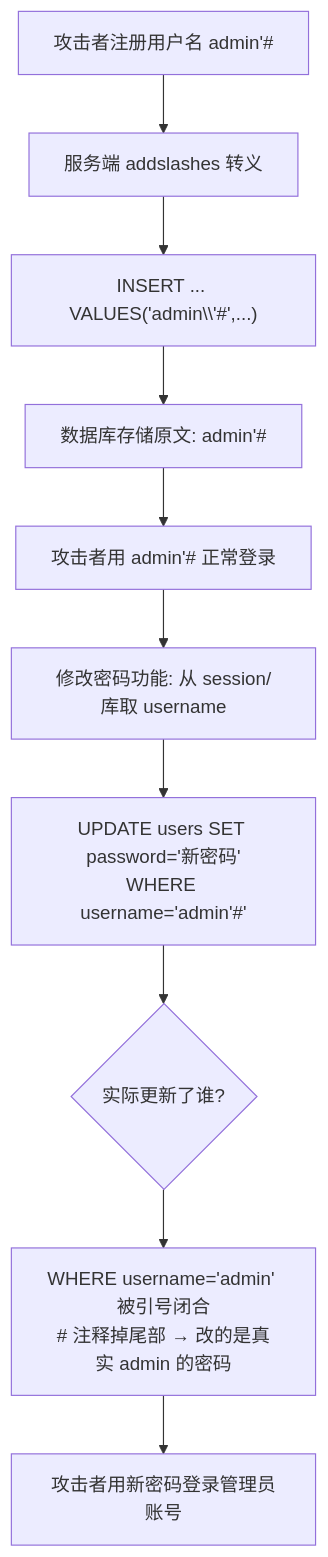
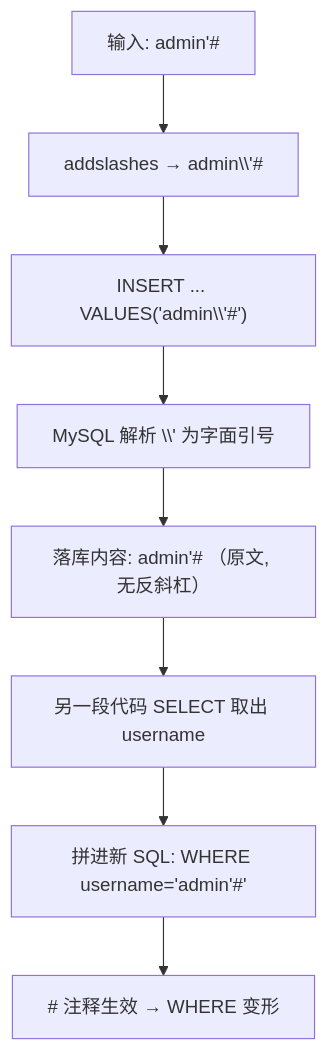
One commit to missercatos/RootStack changed the first of 4 diagrams in red_team/ctf_trea/Web/SQL/mysql结构/04-二次注入.md. Above: the diagram before and after it, drawn with Mermaid. The commit also changed other lines of this file and 34 other files, not shown here.

````diff
--- a/red_team/ctf_trea/Web/SQL/mysql结构/04-二次注入.md
+++ b/red_team/ctf_trea/Web/SQL/mysql结构/04-二次注入.md
@@ -41,12 +47,10 @@
 ```mermaid
 flowchart TD
-    A[攻击者注册用户名 admin'#] --> B[服务端 addslashes 转义]
-    B --> C["INSERT ... VALUES('admin\\'#',...)"]
-    C --> D[数据库存储原文: admin'#]
-    D --> E[攻击者用 admin'# 正常登录]
-    E --> F[修改密码功能: 从 session/库取 username]
-    F --> G["UPDATE users SET password='新密码'<br/>WHERE username='admin'#'"]
-    G --> H{实际更新了谁?}
-    H --> I[WHERE username='admin' 被引号闭合<br/># 注释掉尾部 → 改的是真实 admin 的密码]
-    I --> J[攻击者用新密码登录管理员账号]
+    A["输入: admin'#"] --> B["addslashes → admin\\'#"]
+    B --> C["INSERT ... VALUES('admin\\'#')"]
+    C --> D["MySQL 解析 \\' 为字面引号"]
+    D --> E["落库内容: admin'# （原文, 无反斜杠）"]
+    E --> F["另一段代码 SELECT 取出 username"]
+    F --> G["拼进新 SQL: WHERE username='admin'#'"]
+    G --> H["# 注释生效 → WHERE 变形"]
 ```
````
